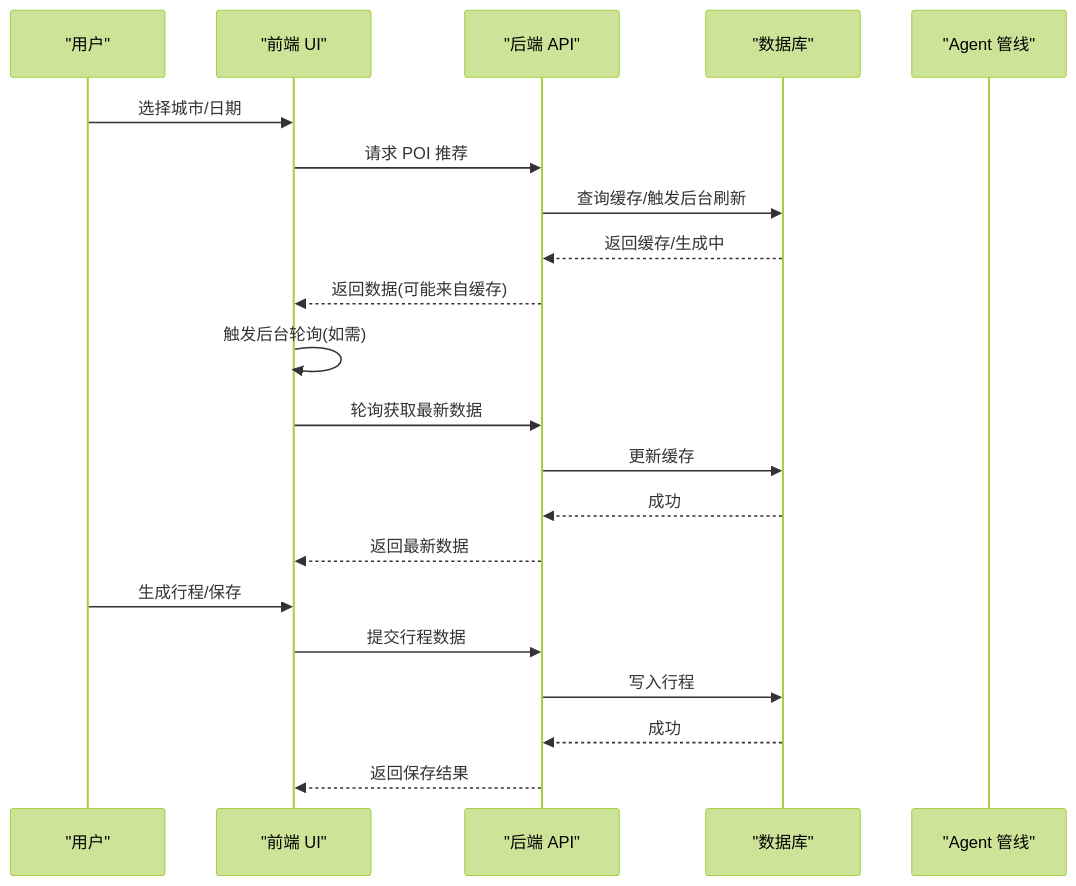
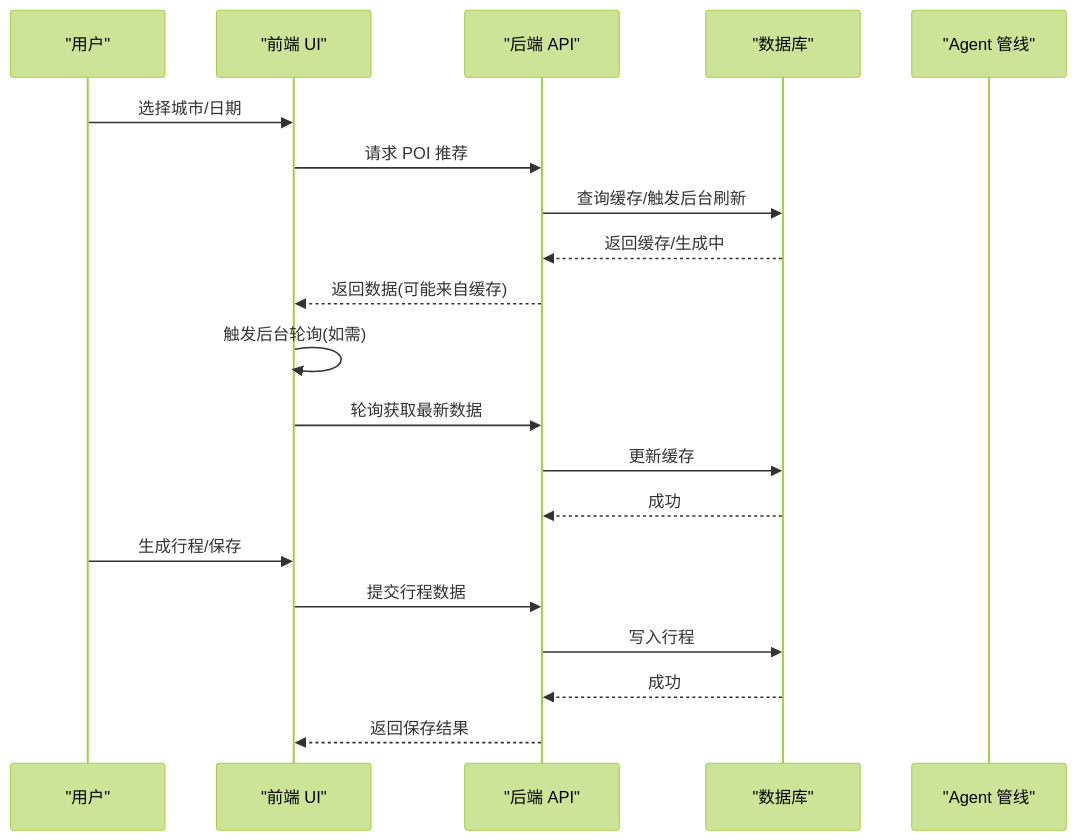
One commit to ititjjy/AITrip-plan changed the second of 9 diagrams in .qoder/repowiki/zh/content/项目概述/核心功能特性/核心功能特性.md. Above: the diagram before and after it, drawn with Mermaid (forest theme). The commit also changed other lines of this file and 144 other files, not shown here.

````diff
--- a/.qoder/repowiki/zh/content/项目概述/核心功能特性/核心功能特性.md
+++ b/.qoder/repowiki/zh/content/项目概述/核心功能特性/核心功能特性.md
@@ -124,23 +124,22 @@
 ```mermaid
 sequenceDiagram
 participant U as "用户"
 participant FE as "前端 UI"
 participant API as "后端 API"
 participant DB as "数据库"
 participant AG as "Agent 管线"
 U->>FE : 选择城市/日期
 FE->>API : 请求 POI 推荐
 API->>DB : 查询缓存/触发后台刷新
 DB-->>API : 返回缓存/生成中
 API-->>FE : 返回数据(可能来自缓存)
 FE->>FE : 触发后台轮询(如需)
 FE->>API : 轮询获取最新数据
 API->>DB : 更新缓存
 DB-->>API : 成功
-API-->>FE : 返回最新数据
 U->>FE : 生成行程/保存
 FE->>API : 提交行程数据
 API->>DB : 写入行程
 DB-->>API : 成功
 API-->>FE : 返回保存结果
 ```
````
